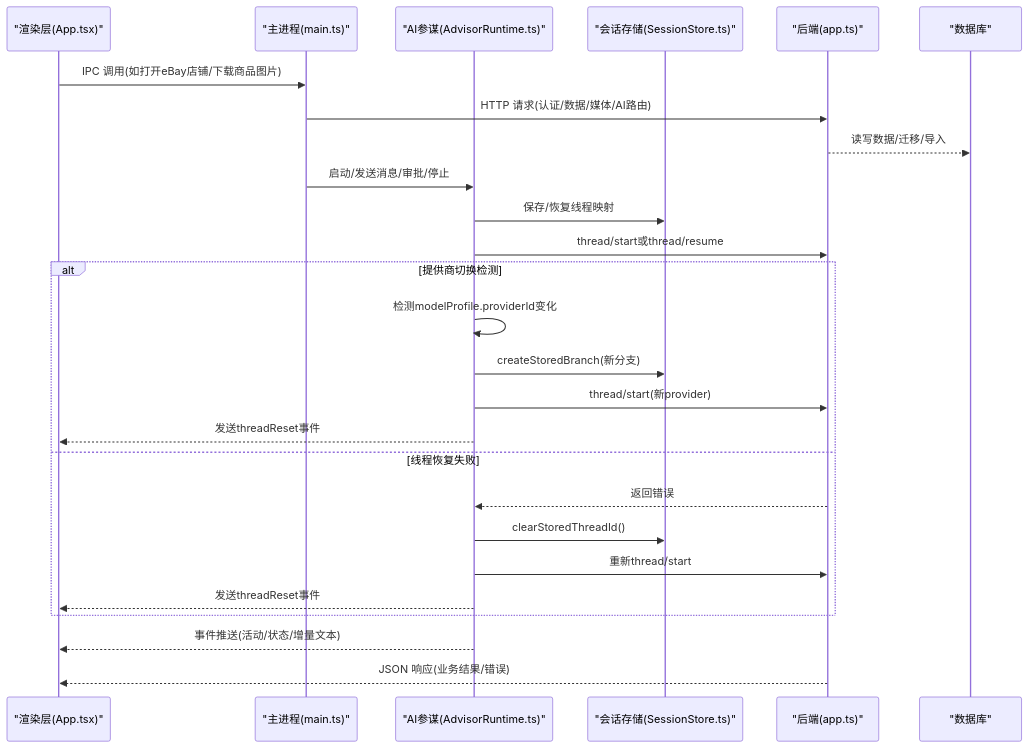
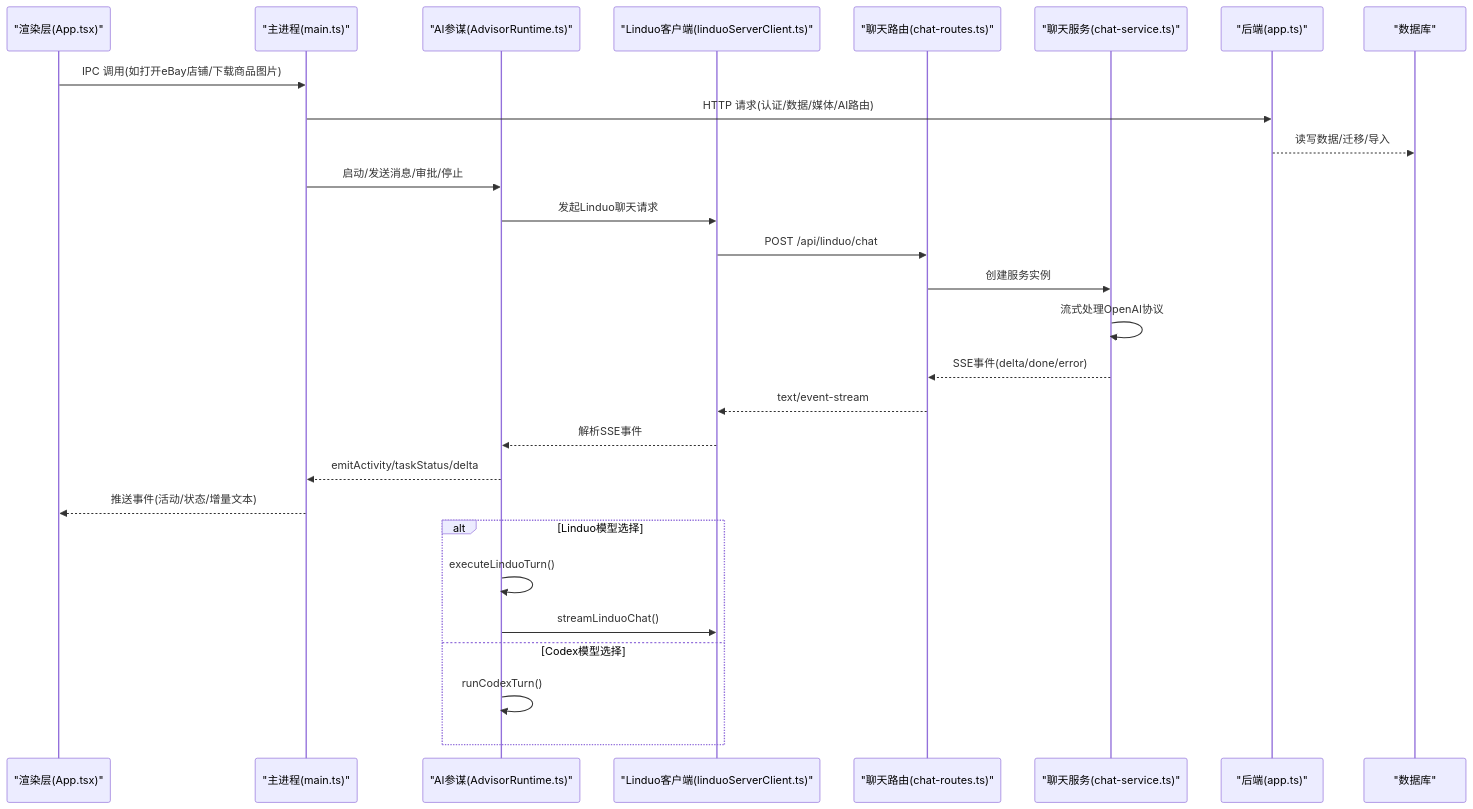
Before and after one commit to iljahofbauer219-lang/yandu: the second of 12 diagrams in .qoder/repowiki/zh/content/核心服务/AI参谋系统架构.md, drawn with Mermaid. The commit also changed other lines of this file and 340 other files, not shown here.

````diff
--- a/.qoder/repowiki/zh/content/核心服务/AI参谋系统架构.md
+++ b/.qoder/repowiki/zh/content/核心服务/AI参谋系统架构.md
@@ -112,28 +142,30 @@
 ```mermaid
 sequenceDiagram
 participant UI as "渲染层(App.tsx)"
 participant Main as "主进程(main.ts)"
 participant Advisor as "AI参谋(AdvisorRuntime.ts)"
-participant SessionStore as "会话存储(SessionStore.ts)"
+participant LinduoClient as "Linduo客户端(linduoServerClient.ts)"
+participant ChatRoutes as "聊天路由(chat-routes.ts)"
+participant ChatService as "聊天服务(chat-service.ts)"
 participant Server as "后端(app.ts)"
 participant DB as "数据库"
 UI->>Main : IPC 调用(如打开eBay店铺/下载商品图片)
 Main->>Server : HTTP 请求(认证/数据/媒体/AI路由)
 Server-->>DB : 读写数据/迁移/导入
 Main->>Advisor : 启动/发送消息/审批/停止
-Advisor->>SessionStore : 保存/恢复线程映射
-Advisor->>Server : thread/start或thread/resume
-alt 提供商切换检测
-Advisor->>Advisor : 检测modelProfile.providerId变化
-Advisor->>SessionStore : createStoredBranch(新分支)
-Advisor->>Server : thread/start(新provider)
-Advisor-->>UI : 发送threadReset事件
-else 线程恢复失败
-Server-->>Advisor : 返回错误
-Advisor->>SessionStore : clearStoredThreadId()
-Advisor->>Server : 重新thread/start
-Advisor-->>UI : 发送threadReset事件
+Advisor->>LinduoClient : 发起Linduo聊天请求
+LinduoClient->>ChatRoutes : POST /api/linduo/chat
+ChatRoutes->>ChatService : 创建服务实例
+ChatService->>ChatService : 流式处理OpenAI协议
+ChatService-->>ChatRoutes : SSE事件(delta/done/error)
+ChatRoutes-->>LinduoClient : text/event-stream
+LinduoClient-->>Advisor : 解析SSE事件
+Advisor-->>Main : emitActivity/taskStatus/delta
+Main-->>UI : 推送事件(活动/状态/增量文本)
+alt Linduo模型选择
+Advisor->>Advisor : executeLinduoTurn()
+Advisor->>LinduoClient : streamLinduoChat()
+else Codex模型选择
+Advisor->>Advisor : runCodexTurn()
 end
-Advisor-->>UI : 事件推送(活动/状态/增量文本)
-Server-->>UI : JSON 响应(业务结果/错误)
 ```
````
